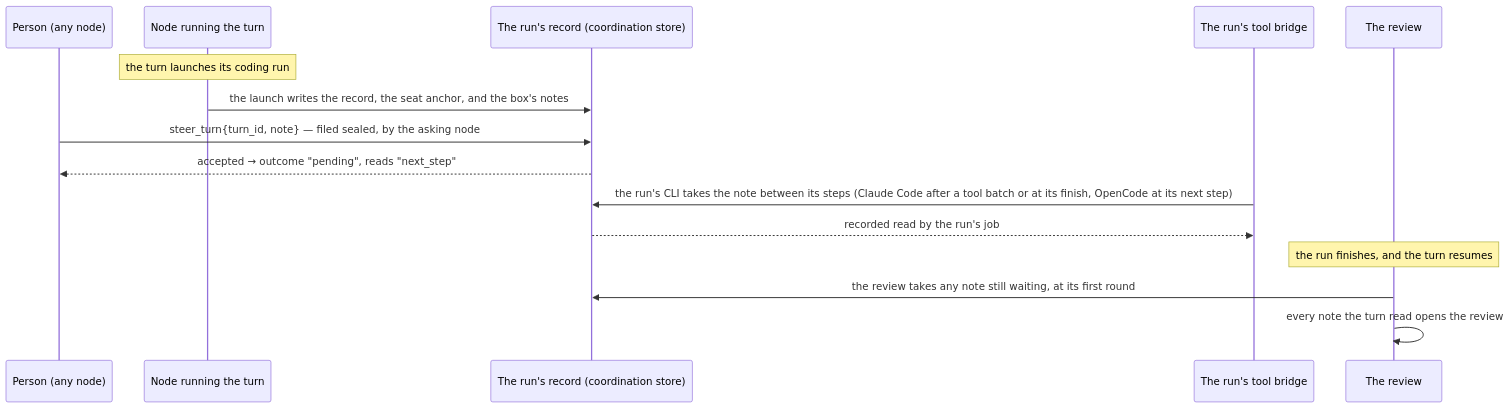
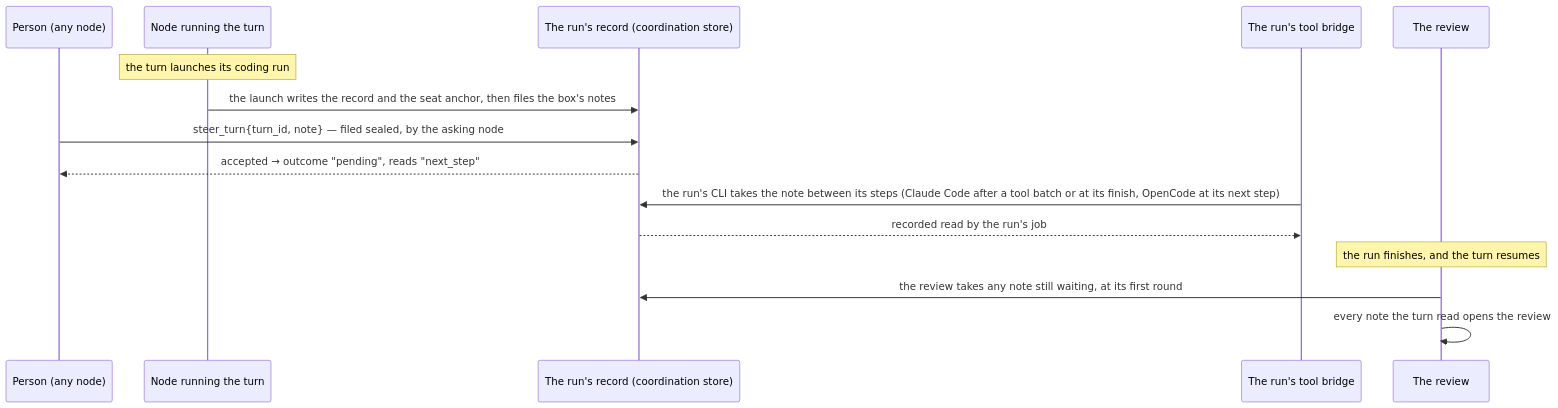
The second of 2 diagrams in docs/concepts/turn-engine.md (crewlet/crewlet), drawn with Mermaid before and after one commit. The commit also changed other lines of this file and 7 other files, not shown here.

````diff
--- a/docs/concepts/turn-engine.md
+++ b/docs/concepts/turn-engine.md
@@ -756,17 +761,17 @@
 ```mermaid
 sequenceDiagram
     participant P as Person (any node)
     participant N as Node running the turn
     participant C as The run's record (coordination store)
     participant B as The run's tool bridge
     participant R as The review
     Note over N: the turn launches its coding run
-    N->>C: the launch writes the record, the seat anchor, and the box's notes
+    N->>C: the launch writes the record and the seat anchor, then files the box's notes
     P->>C: steer_turn{turn_id, note} — filed sealed, by the asking node
     C-->>P: accepted → outcome "pending", reads "next_step"
     B->>C: the run's CLI takes the note between its steps (Claude Code after a tool batch or at its finish, OpenCode at its next step)
     C-->>B: recorded read by the run's job
     Note over R: the run finishes, and the turn resumes
     R->>C: the review takes any note still waiting, at its first round
     R->>R: every note the turn read opens the review
 ```
````
